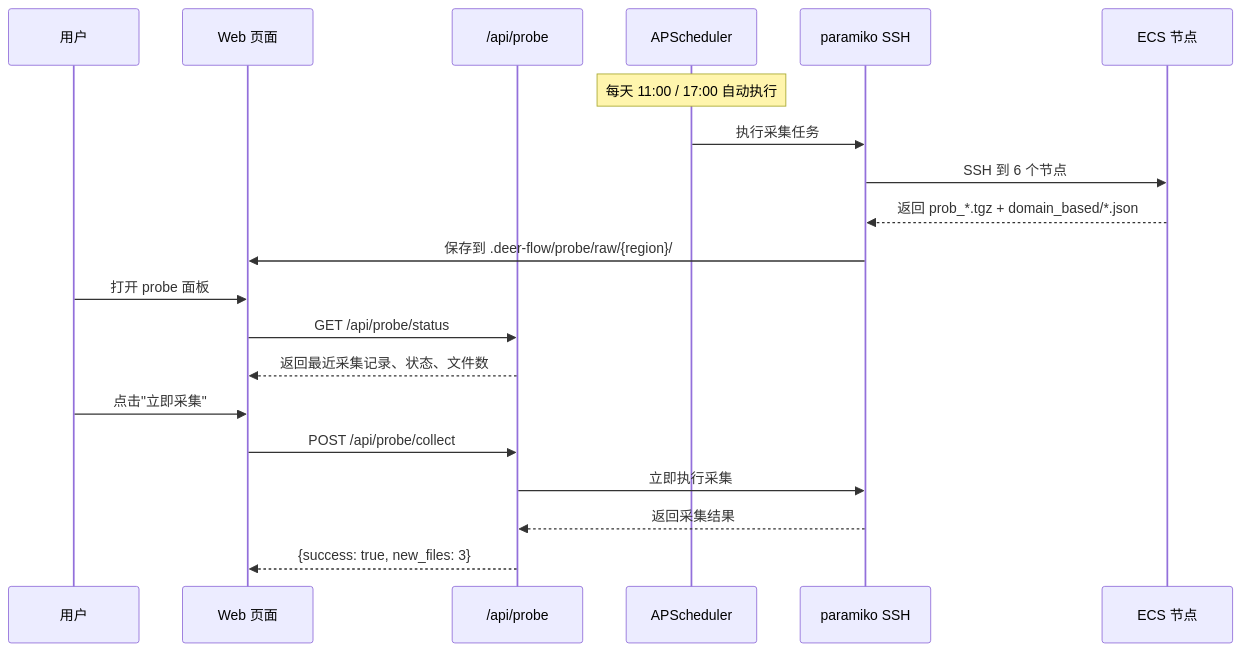
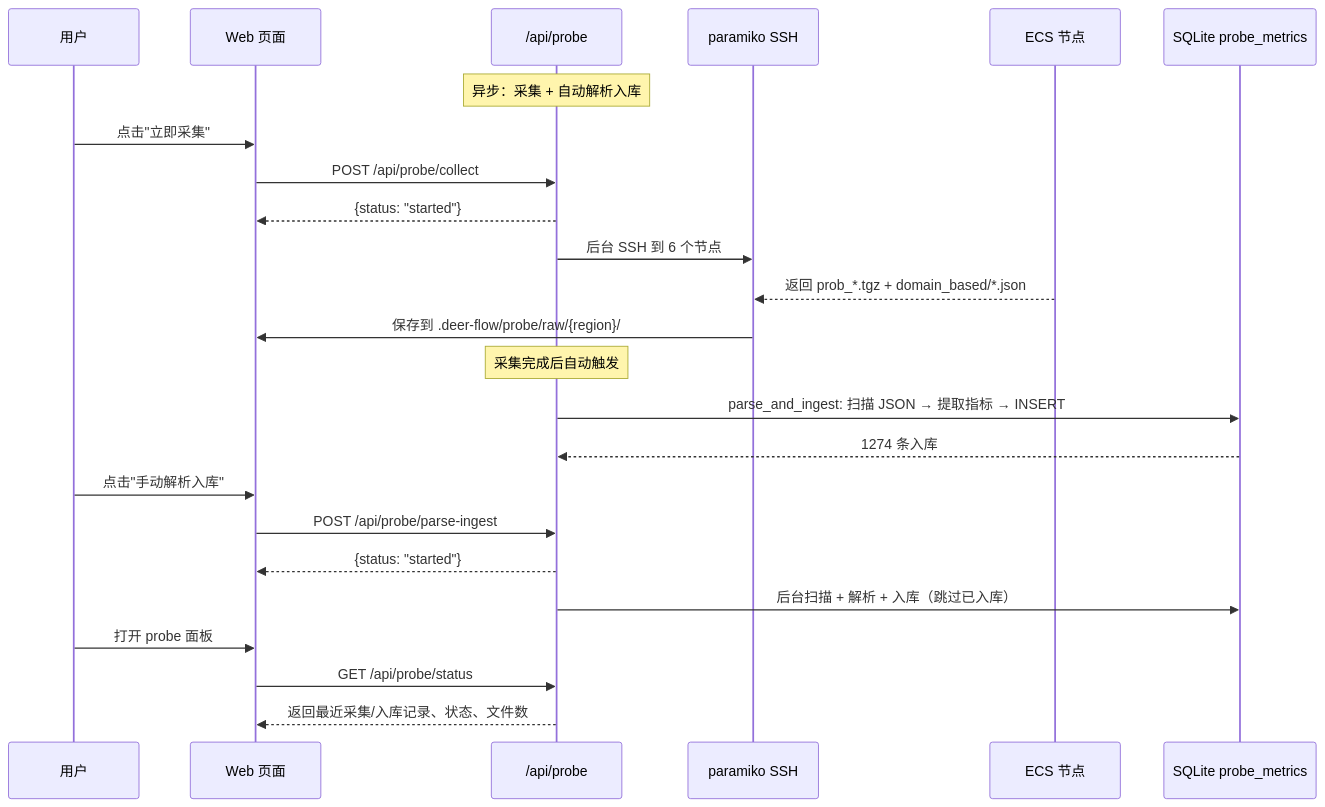
Before and after one commit to Matthewyin/deer-flow: the fourth of 4 diagrams in docs/superpowers/specs/2026-04-15-data-manager-service-design.md, drawn with Mermaid. The commit also changed other lines of this file and 3 other files, not shown here.

First line of the commit message:
feat(data-manager): add probe parse-ingest functionality

````diff
--- a/docs/superpowers/specs/2026-04-15-data-manager-service-design.md
+++ b/docs/superpowers/specs/2026-04-15-data-manager-service-design.md
@@ -279,26 +279,30 @@
 ```mermaid
 sequenceDiagram
     participant U as 用户
     participant W as Web 页面
     participant API as /api/probe
-    participant Sched as APScheduler
     participant SSH as paramiko SSH
     participant ECS as ECS 节点
+    participant DB as SQLite probe_metrics
 
-    Note over Sched: 每天 11:00 / 17:00 自动执行
+    Note over API: 异步：采集 + 自动解析入库
 
-    Sched->>SSH: 执行采集任务
-    SSH->>ECS: SSH 到 6 个节点
+    U->>W: 点击"立即采集"
+    W->>API: POST /api/probe/collect
+    API-->>W: {status: "started"}
+    API->>SSH: 后台 SSH 到 6 个节点
     ECS-->>SSH: 返回 prob_*.tgz + domain_based/*.json
     SSH->>W: 保存到 .deer-flow/probe/raw/{region}/
+    Note over API: 采集完成后自动触发
+    API->>DB: parse_and_ingest: 扫描 JSON → 提取指标 → INSERT
+    DB-->>API: 1274 条入库
+
+    U->>W: 点击"手动解析入库"
+    W->>API: POST /api/probe/parse-ingest
+    API-->>W: {status: "started"}
+    API->>DB: 后台扫描 + 解析 + 入库（跳过已入库）
 
     U->>W: 打开 probe 面板
     W->>API: GET /api/probe/status
-    API-->>W: 返回最近采集记录、状态、文件数
-
-    U->>W: 点击"立即采集"
-    W->>API: POST /api/probe/collect
-    API->>SSH: 立即执行采集
-    SSH-->>API: 返回采集结果
-    API-->>W: {success: true, new_files: 3}
+    API-->>W: 返回最近采集/入库记录、状态、文件数
 ```
````
